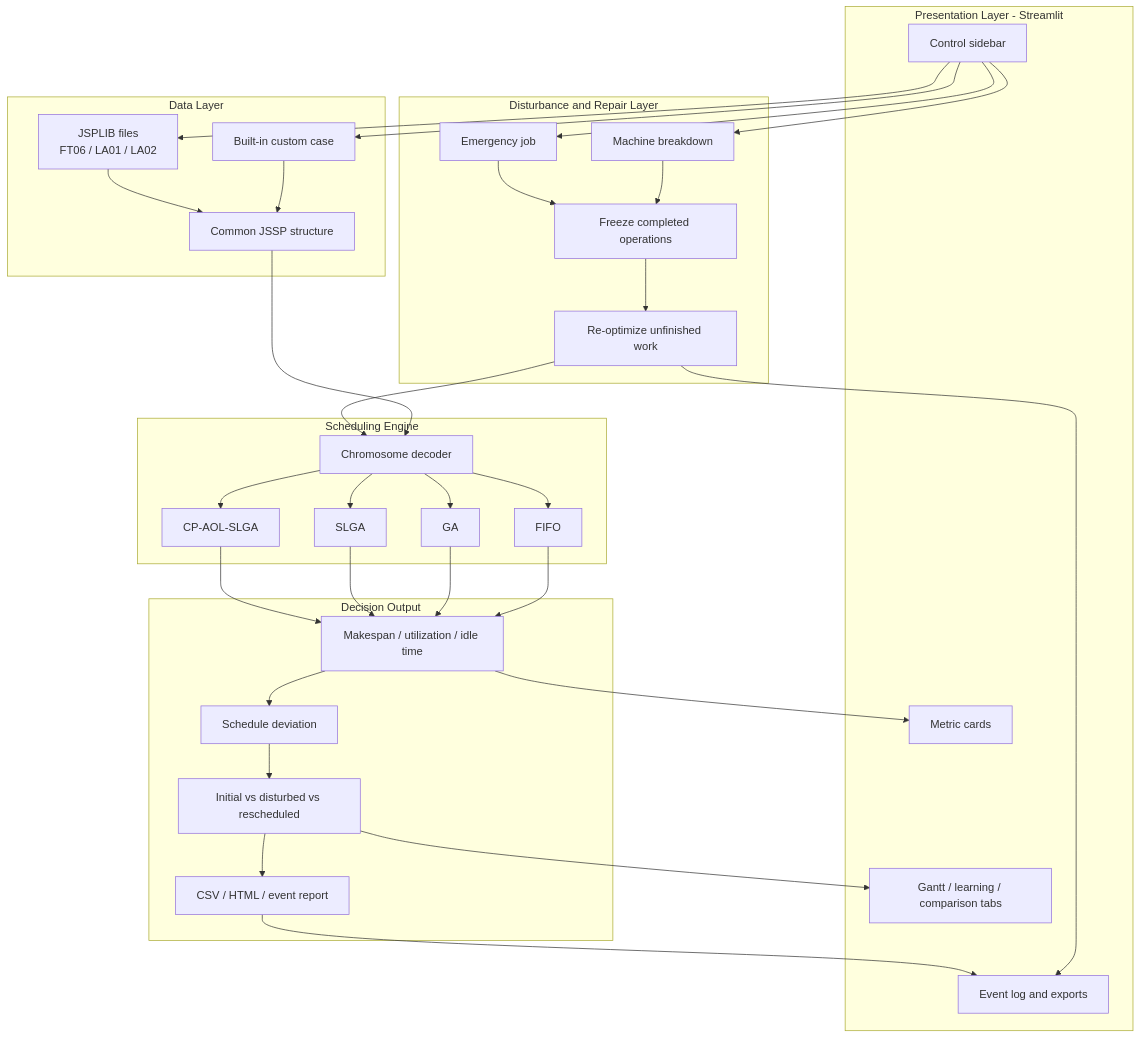
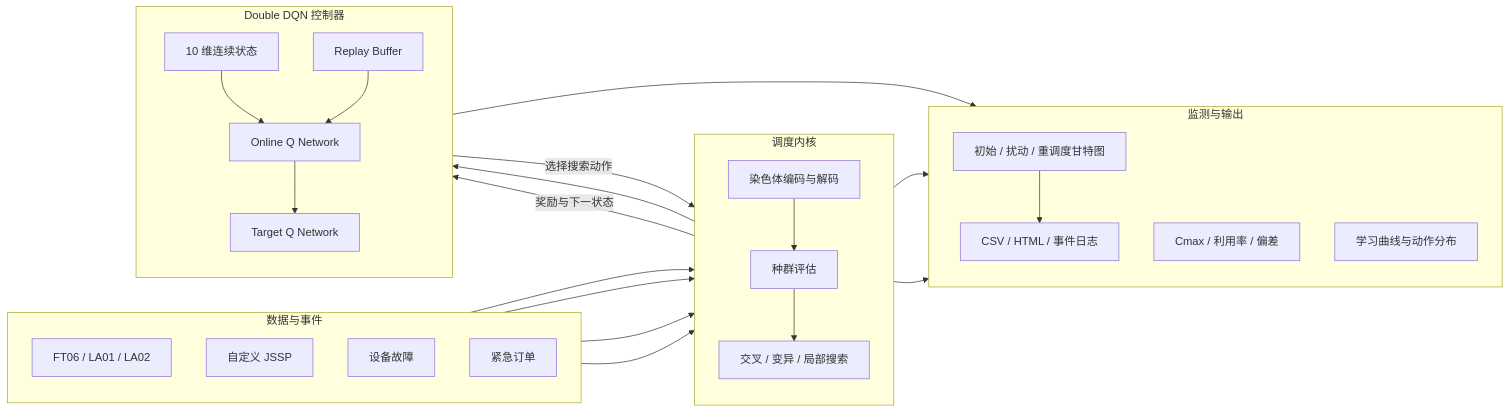
The second of 3 diagrams in README.md (FG696-969/smart_shop_scheduler), drawn with Mermaid before and after one commit. The commit also changed other lines of this file and 10 other files, not shown here.

````diff
--- a/README.md
+++ b/README.md
@@ -150,64 +79,49 @@
 ```mermaid
-flowchart TB
-    subgraph UI["Presentation Layer - Streamlit"]
-        U1["Control sidebar"]
-        U2["Metric cards"]
-        U3["Gantt / learning / comparison tabs"]
-        U4["Event log and exports"]
+flowchart LR
+    subgraph INPUT[数据与事件]
+        direction TB
+        D1[FT06 / LA01 / LA02]
+        D2[自定义 JSSP]
+        D3[设备故障]
+        D4[紧急订单]
     end
 
-    subgraph DATA["Data Layer"]
-        D1["Built-in custom case"]
-        D2["JSPLIB files<br/>FT06 / LA01 / LA02"]
-        D3["Common JSSP structure"]
+    subgraph CORE[调度内核]
+        direction TB
+        E1[染色体编码与解码]
+        E2[种群评估]
+        E3[交叉 / 变异 / 局部搜索]
     end
 
-    subgraph ENGINE["Scheduling Engine"]
-        E1["Chromosome decoder"]
-        E2["FIFO"]
-        E3["GA"]
-        E4["SLGA"]
-        E5["CP-AOL-SLGA"]
+    subgraph RL[Double DQN 控制器]
+        direction TB
+        R1[10 维连续状态]
+        R2[Online Q Network]
+        R3[Target Q Network]
+        R4[Replay Buffer]
+        R1 --> R2
+        R2 --> R3
+        R4 --> R2
     end
 
-    subgraph EVENT["Disturbance and Repair Layer"]
-        R1["Machine breakdown"]
-        R2["Emergency job"]
-        R3["Freeze completed operations"]
-        R4["Re-optimize unfinished work"]
+    subgraph OUTPUT[监测与输出]
+        direction TB
+        O1[初始 / 扰动 / 重调度甘特图]
+        O2[Cmax / 利用率 / 偏差]
+        O3[学习曲线与动作分布]
+        O4[CSV / HTML / 事件日志]
     end
 
-    subgraph OUTPUT["Decision Output"]
-        O1["Makespan / utilization / idle time"]
-        O2["Schedule deviation"]
-        O3["Initial vs disturbed vs rescheduled"]
-        O4["CSV / HTML / event report"]
-    end
-
-    U1 --> D1
-    U1 --> D2
-    D1 --> D3
-    D2 --> D3
+    D1 --> E1
+    D2 --> E1
     D3 --> E1
-    U1 --> R1
-    U1 --> R2
-    R1 --> R3
-    R2 --> R3
-    R3 --> R4
-    R4 --> E1
-    E1 --> E2
-    E1 --> E3
-    E1 --> E4
-    E1 --> E5
-    E2 --> O1
+    D4 --> E1
+    E1 --> E2 --> E3
+    E2 --> R1
+    R2 -->|选择搜索动作| E3
+    E3 -->|奖励与下一状态| R4
     E3 --> O1
-    E4 --> O1
-    E5 --> O1
-    O1 --> O2
-    O2 --> O3
-    O3 --> O4
-    O1 --> U2
-    O3 --> U3
-    R4 --> U4
-    O4 --> U4
+    E3 --> O2
+    R2 --> O3
+    O1 --> O4
 ```
````
